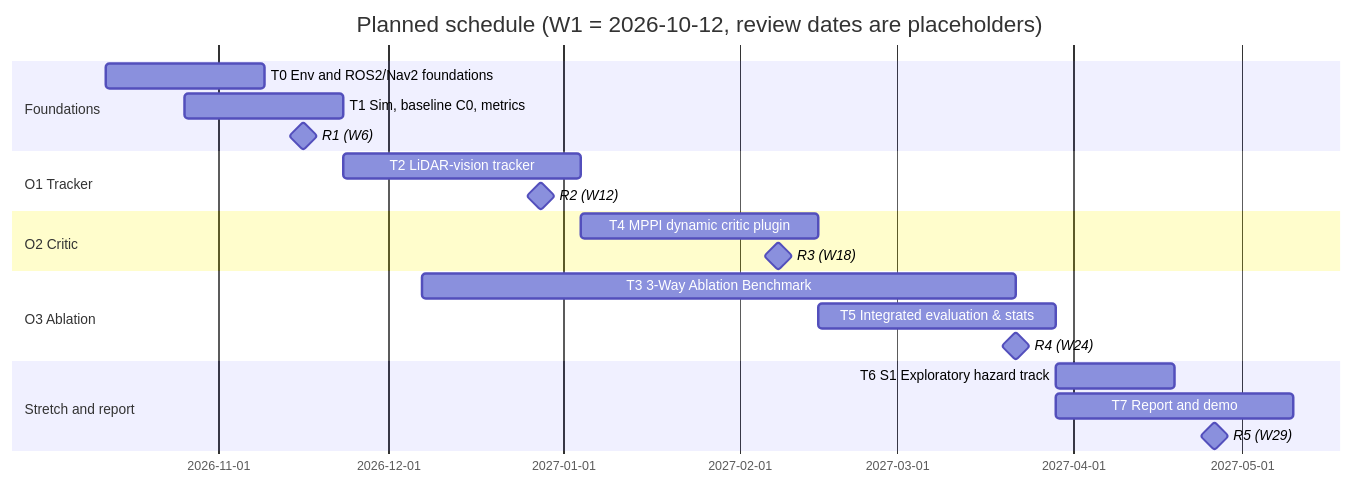
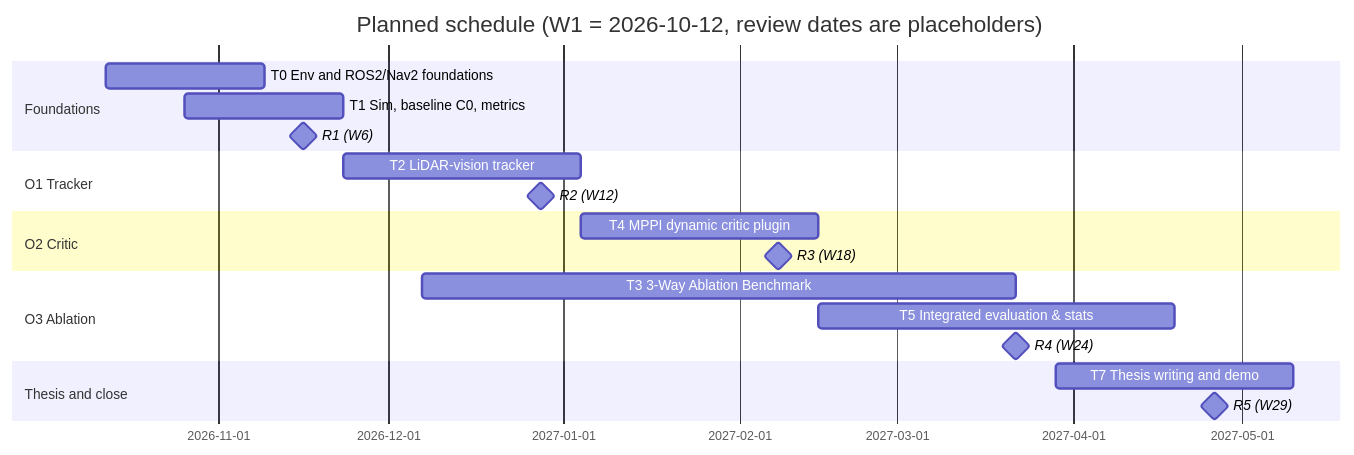
Before and after one commit to cupcakes04/y4_ee: the second of 2 diagrams in modules/EEEE4077_mechatronics_proj/chapters/deliverables/project_proposal.md, drawn with Mermaid. The commit also changed other lines of this file and 50 other files, not shown here.

````diff
--- a/modules/EEEE4077_mechatronics_proj/chapters/deliverables/project_proposal.md
+++ b/modules/EEEE4077_mechatronics_proj/chapters/deliverables/project_proposal.md
@@ -216,23 +204,22 @@
 ```mermaid
 gantt
     dateFormat  YYYY-MM-DD
     title Planned schedule (W1 = 2026-10-12, review dates are placeholders)
     section Foundations
     T0 Env and ROS2/Nav2 foundations   :t0, 2026-10-12, 28d
     T1 Sim, baseline C0, metrics       :t1, 2026-10-26, 28d
     R1 (W6)                            :milestone, r1, 2026-11-16, 0d
     section O1 Tracker
     T2 LiDAR-vision tracker            :t2, 2026-11-23, 42d
     R2 (W12)                           :milestone, r2, 2026-12-28, 0d
     section O2 Critic
     T4 MPPI dynamic critic plugin      :t4, 2027-01-04, 42d
     R3 (W18)                           :milestone, r3, 2027-02-08, 0d
     section O3 Ablation
     T3 3-Way Ablation Benchmark        :t3, 2026-12-07, 105d
-    T5 Integrated evaluation & stats   :t5, 2027-02-15, 42d
+    T5 Integrated evaluation & stats   :t5, 2027-02-15, 63d
     R4 (W24)                           :milestone, r4, 2027-03-22, 0d
-    section Stretch and report
-    T6 S1 Exploratory hazard track     :t6, 2027-03-29, 21d
-    T7 Report and demo                 :t7, 2027-03-29, 42d
+    section Thesis and close
+    T7 Thesis writing and demo         :t7, 2027-03-29, 42d
     R5 (W29)                           :milestone, r5, 2027-04-26, 0d
 ```
````
